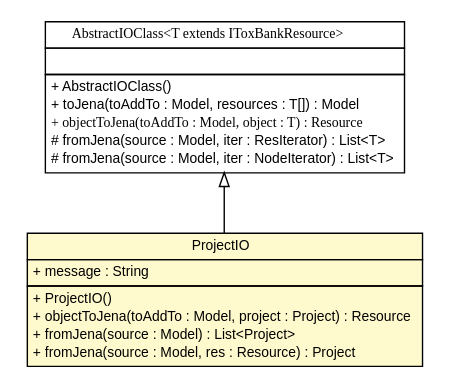
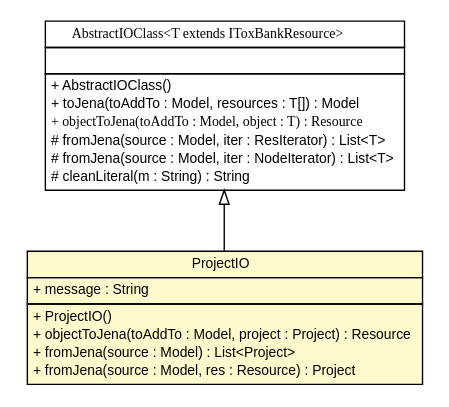
Before and after one commit to ToxBank/toxbank-api-beans: the diagram in apidocs/net/toxbank/client/io/rdf/ProjectIO.dot, drawn with Graphviz. The commit also changed 216 other files, not shown here.

```diff
--- a/apidocs/net/toxbank/client/io/rdf/ProjectIO.dot
+++ b/apidocs/net/toxbank/client/io/rdf/ProjectIO.dot
@@ -1,43 +1,44 @@
 #!/usr/local/bin/dot
 #
 # Class diagram 
 # Generated by UmlGraph version 4.6 (http://www.spinellis.gr/sw/umlgraph)
 #
 
 digraph G {
 	edge [fontname="arial",fontsize=10,labelfontname="arial",labelfontsize=10];
 	node [fontname="arial",fontsize=10,shape=plaintext];
 	// net.toxbank.client.io.rdf.ProjectIO
-	c308 [label=<<table border="0" cellborder="1" cellspacing="0" cellpadding="2" port="p" bgcolor="lemonChiffon" href="./ProjectIO.html">
+	c404 [label=<<table border="0" cellborder="1" cellspacing="0" cellpadding="2" port="p" bgcolor="lemonChiffon" href="./ProjectIO.html">
 		<tr><td><table border="0" cellspacing="0" cellpadding="1">
 			<tr><td> ProjectIO </td></tr>
 		</table></td></tr>
 		<tr><td><table border="0" cellspacing="0" cellpadding="1">
 			<tr><td align="left"> + message : String </td></tr>
 		</table></td></tr>
 		<tr><td><table border="0" cellspacing="0" cellpadding="1">
 			<tr><td align="left"> + ProjectIO() </td></tr>
 			<tr><td align="left"> + objectToJena(toAddTo : Model, project : Project) : Resource </td></tr>
 			<tr><td align="left"> + fromJena(source : Model) : List&lt;Project&gt; </td></tr>
 			<tr><td align="left"> + fromJena(source : Model, res : Resource) : Project </td></tr>
 		</table></td></tr>
 		</table>>, fontname="arial", fontcolor="black", fontsize=10.0];
 	// net.toxbank.client.io.rdf.AbstractIOClass<T extends net.toxbank.client.resource.IToxBankResource>
-	c315 [label=<<table border="0" cellborder="1" cellspacing="0" cellpadding="2" port="p" href="./AbstractIOClass.html">
+	c411 [label=<<table border="0" cellborder="1" cellspacing="0" cellpadding="2" port="p" href="./AbstractIOClass.html">
 		<tr><td><table border="0" cellspacing="0" cellpadding="1">
 			<tr><td><font face="ariali"> AbstractIOClass&lt;T extends IToxBankResource&gt; </font></td></tr>
 		</table></td></tr>
 		<tr><td><table border="0" cellspacing="0" cellpadding="1">
 			<tr><td align="left">  </td></tr>
 		</table></td></tr>
 		<tr><td><table border="0" cellspacing="0" cellpadding="1">
 			<tr><td align="left"> + AbstractIOClass() </td></tr>
 			<tr><td align="left"> + toJena(toAddTo : Model, resources : T[]) : Model </td></tr>
 			<tr><td align="left"><font face="ariali" point-size="10.0"> + objectToJena(toAddTo : Model, object : T) : Resource </font></td></tr>
 			<tr><td align="left"> # fromJena(source : Model, iter : ResIterator) : List&lt;T&gt; </td></tr>
 			<tr><td align="left"> # fromJena(source : Model, iter : NodeIterator) : List&lt;T&gt; </td></tr>
+			<tr><td align="left"> # cleanLiteral(m : String) : String </td></tr>
 		</table></td></tr>
 		</table>>, fontname="arial", fontcolor="black", fontsize=10.0];
 	//net.toxbank.client.io.rdf.ProjectIO extends net.toxbank.client.io.rdf.AbstractIOClass<net.toxbank.client.resource.Project>
-	c315:p -> c308:p [dir=back,arrowtail=empty];
+	c411:p -> c404:p [dir=back,arrowtail=empty];
 }
```
